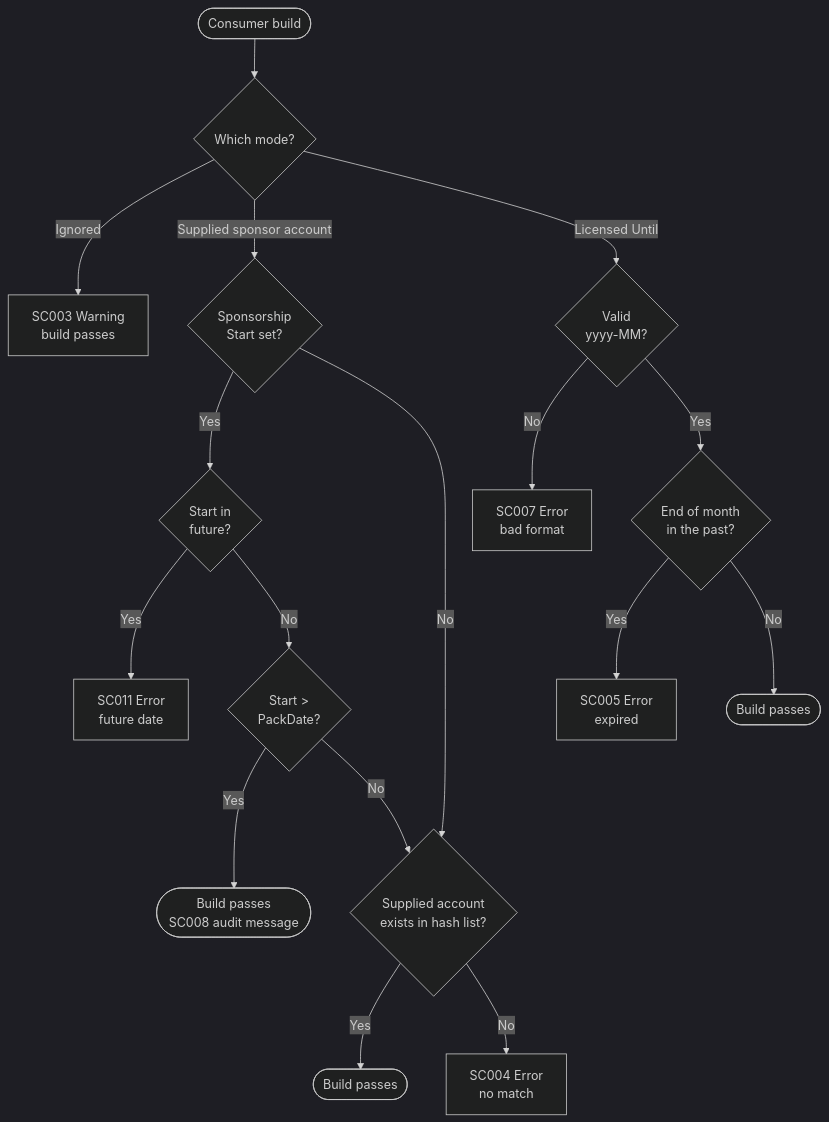
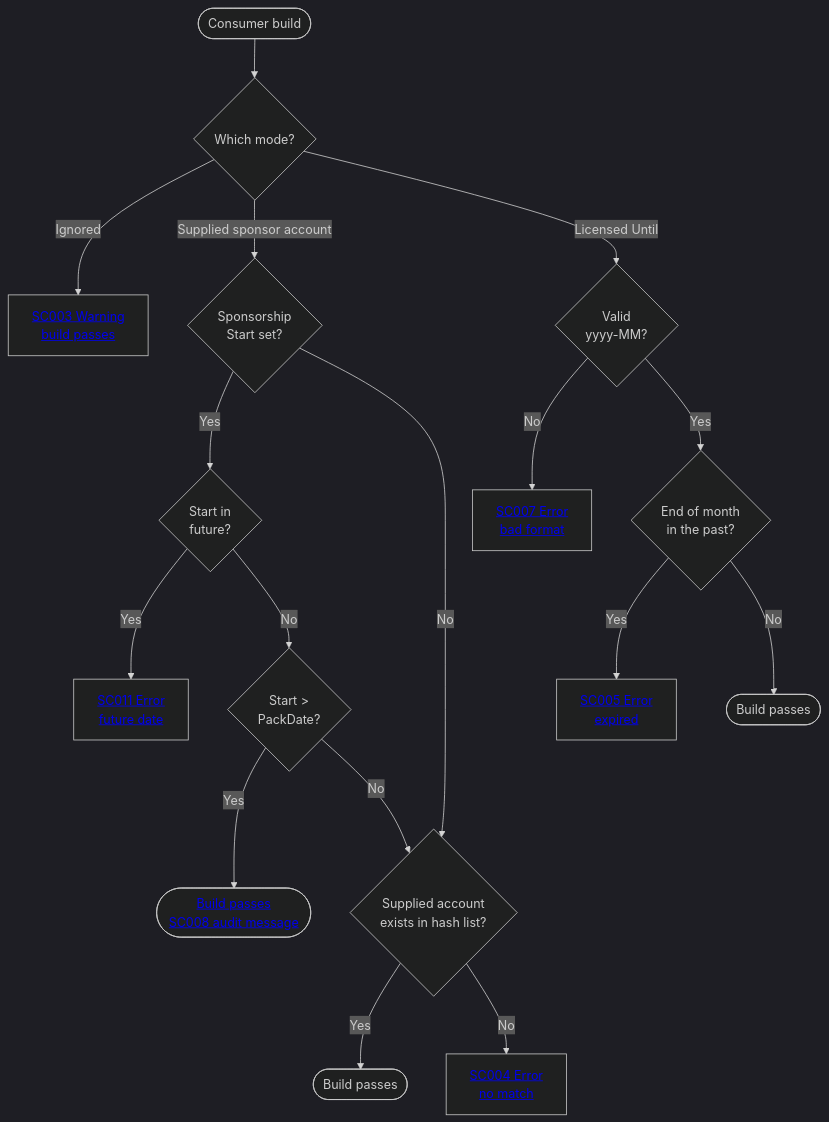
One commit to SimonCropp/SponsorCheck changed the diagram in readme.md. Above: the diagram before and after it, drawn with Mermaid (dark theme).

````diff
--- a/readme.md
+++ b/readme.md
@@ -264,23 +264,23 @@
 ```mermaid
 flowchart TD
     Start([Consumer build]) --> Which{Which mode?}
 
-    Which -->|Ignored| SC003[SC003 Warning<br/>build passes]
+    Which -->|Ignored| SC003[<a href='docs/VerifierDiagnosticCodes.md#sc003'>SC003 Warning<br/>build passes</a>]
 
     Which -->|Supplied sponsor account| HasStart{Sponsorship<br/>Start set?}
     HasStart -->|Yes| Future{Start in<br/>future?}
-    Future -->|Yes| SC011[SC011 Error<br/>future date]
+    Future -->|Yes| SC011[<a href='docs/VerifierDiagnosticCodes.md#sc011'>SC011 Error<br/>future date</a>]
     Future -->|No| AfterPack{Start &gt;<br/>PackDate?}
-    AfterPack -->|Yes| PassAttest([Build passes<br/>SC008 audit message])
+    AfterPack -->|Yes| PassAttest([<a href='docs/VerifierDiagnosticCodes.md#sc008'>Build passes<br/>SC008 audit message</a>])
     AfterPack -->|No| Match
     HasStart -->|No| Match
     Match{Supplied account<br/>exists in hash list?}
     Match -->|Yes| PassSponsor([Build passes])
-    Match -->|No| SC004[SC004 Error<br/>no match]
+    Match -->|No| SC004[<a href='docs/VerifierDiagnosticCodes.md#sc004'>SC004 Error<br/>no match</a>]
 
     Which -->|Licensed Until| ParseYM{Valid<br/>yyyy-MM?}
-    ParseYM -->|No| SC007[SC007 Error<br/>bad format]
+    ParseYM -->|No| SC007[<a href='docs/VerifierDiagnosticCodes.md#sc007'>SC007 Error<br/>bad format</a>]
     ParseYM -->|Yes| Expired{End of month<br/>in the past?}
-    Expired -->|Yes| SC005[SC005 Error<br/>expired]
+    Expired -->|Yes| SC005[<a href='docs/VerifierDiagnosticCodes.md#sc005'>SC005 Error<br/>expired</a>]
     Expired -->|No| PassLicense([Build passes])
 ```
````
